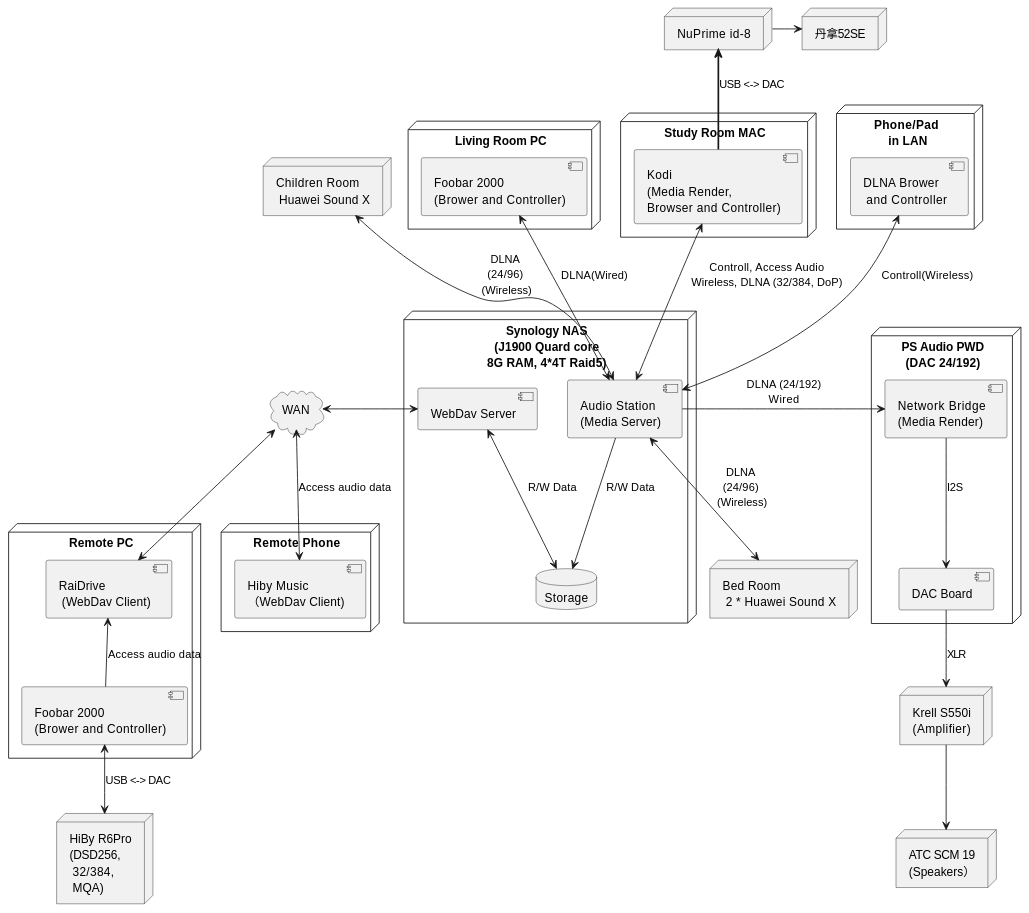
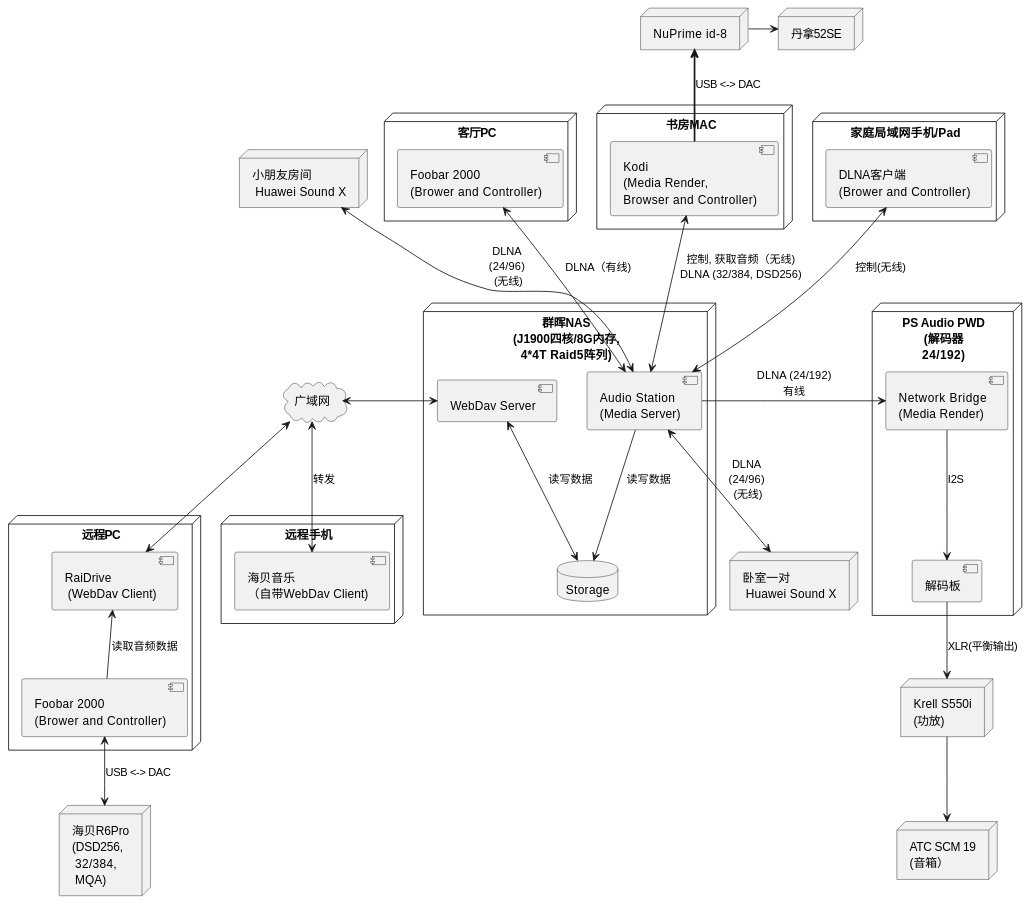
One commit to hjianhao/docs changed the first of 7 diagrams in digital/Roon/experience.md. Above: the diagram before and after it, drawn with PlantUML. The commit also changed other lines of this file, not shown here.

````diff
--- a/digital/Roon/experience.md
+++ b/digital/Roon/experience.md
@@ -48,69 +44,69 @@
 ``` plantuml
 
-node "PS Audio PWD\n(DAC 24/192)" as dac {
+node "PS Audio PWD\n(解码器\n24/192)" as dac {
     component "Network Bridge\n(Media Render)" as bridge
-    component "DAC Board" as bdac
+    component "解码板" as bdac
     bridge --> bdac : I2S
 }
 
-node "Krell S550i\n(Amplifier)" as amp
-bdac --> amp : XLR
+node "Krell S550i\n(功放)" as amp
+bdac --> amp : XLR(平衡输出)
 
-node "ATC SCM 19\n(Speakers）" as speaker
+node "ATC SCM 19\n(音箱）" as speaker
 amp --> speaker
 
-node "Synology NAS\n(J1900 Quard core\n8G RAM, 4*4T Raid5)" as nas {
+node "群晖NAS\n(J1900四核/8G内存,\n4*4T Raid5阵列)" as nas {
     component "Audio Station\n(Media Server)" as mserver
-    mserver -> bridge : DLNA (24/192)\nWired
+    mserver -> bridge : DLNA (24/192)\n有线
     component "WebDav Server" as wserver
     wserver -[hidden]r-> mserver
     database "Storage" as storage
-    wserver <--> storage : R/W Data
-    mserver --> storage : R/W Data
+    wserver <--> storage : 读写数据
+    mserver --> storage : 读写数据
 }
 
-node "Living Room PC" as pc {
+node "客厅PC" as pc {
     component "Foobar 2000\n(Brower and Controller)" as f2_1
-    f2_1 <--> mserver : DLNA(Wired)
+    f2_1 <--> mserver : DLNA（有线)
 }
 
-node "Study Room MAC" as mac {
+node "书房MAC" as mac {
     component "Kodi\n(Media Render, \nBrowser and Controller)" as kodi
-    kodi <--> mserver : Controll, Access Audio\nWireless, DLNA (32/384, DoP)
+    kodi <--> mserver : 控制, 获取音频（无线)\nDLNA (32/384, DSD256)
 }
 
 node "NuPrime id-8" as dac1
 kodi -u=> dac1 : USB <-> DAC
 node "丹拿52SE" as speaker1
 dac1 -> speaker1 
 
-node "Phone/Pad\n in LAN" as phone {
-    component "DLNA Brower \n and Controller" as dc_1
-    dc_1 <--> mserver : Controll(Wireless)
+node "家庭局域网手机/Pad" as phone {
+    component "DLNA客户端\n(Brower and Controller)" as dc_1
+    dc_1 <--> mserver : 控制(无线)
 }
 
-node "Children Room\n Huawei Sound X" as soundx
-mserver <-u-> soundx : DLNA\n(24/96)\n (Wireless)
+node "小朋友房间\n Huawei Sound X" as soundx
+mserver <-u-> soundx : DLNA\n(24/96)\n (无线)
 
-node "Bed Room\n 2 * Huawei Sound X" as soundx1
-mserver <--> soundx1 : DLNA\n(24/96)\n (Wireless)
+node "卧室一对\n Huawei Sound X" as soundx1
+mserver <--> soundx1 : DLNA\n(24/96)\n (无线)
 
-cloud "WAN" as wan
+cloud "广域网" as wan
 wserver <-l-> wan
 
-node "Remote PC" as rpc {
+node "远程PC" as rpc {
     component "RaiDrive\n (WebDav Client)" as rai
     rai <-u-> wan
     component "Foobar 2000\n(Brower and Controller)" as f2_2
-    f2_2 -u-> rai : Access audio data
+    f2_2 -u-> rai : 读取音频数据
 }
 
-node "HiBy R6Pro\n(DSD256,\n 32/384,\n MQA)" as hiby
+node "海贝R6Pro\n(DSD256,\n 32/384,\n MQA)" as hiby
 f2_2 <--> hiby : USB <-> DAC
 
-node "Remote Phone" as rphone {
-    component "Hiby Music\n（WebDav Client)" as mhiby
-    mhiby <-u-> wan : Access audio data
+node "远程手机" as rphone {
+    component "海贝音乐\n（自带WebDav Client)" as mhiby
+    mhiby <-u-> wan : 转发
 }
 
 ```
````
